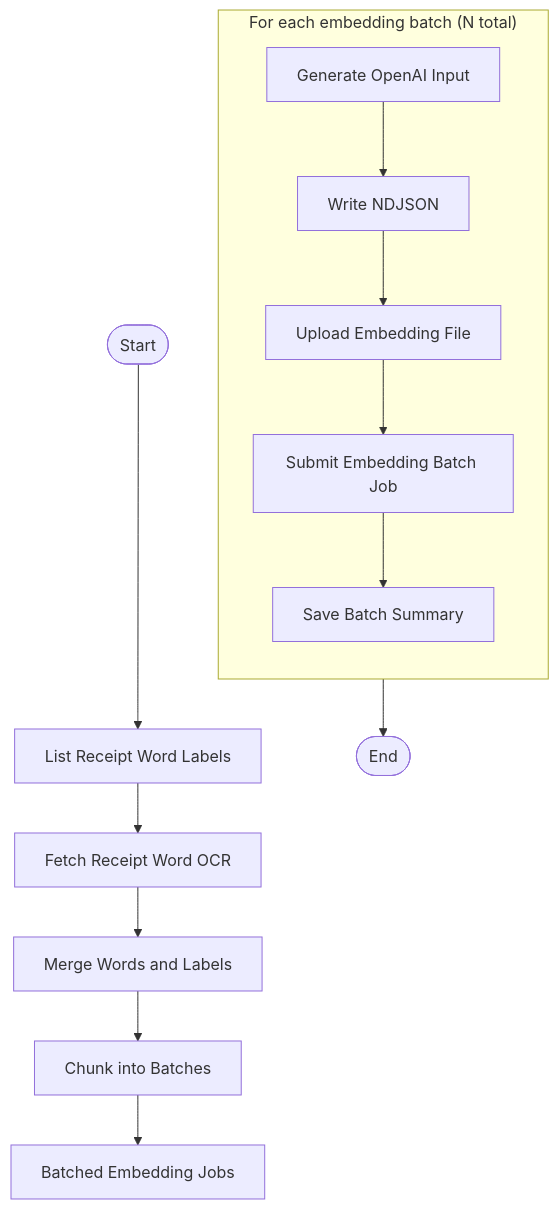
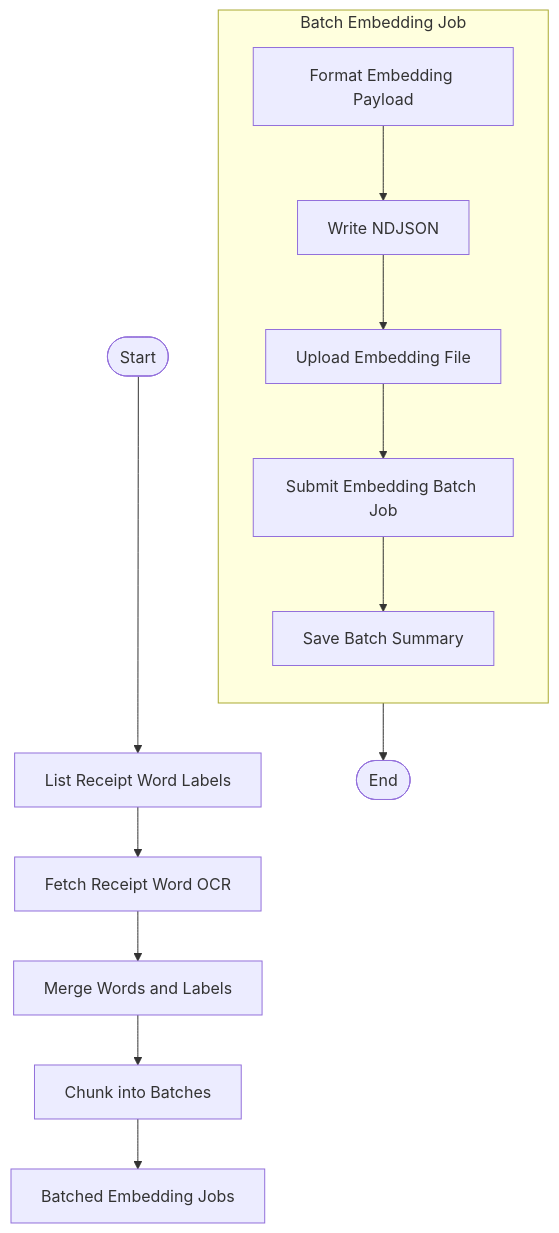
Before and after one commit to tnorlund/Portfolio: the diagram in receipt_label/submit_embedding_batch/README.md, drawn with Mermaid.

````diff
--- a/receipt_label/submit_embedding_batch/README.md
+++ b/receipt_label/submit_embedding_batch/README.md
@@ -47,19 +47,19 @@
 ```mermaid
 flowchart TD
     Start([Start]) --> ListReceiptWordLabels["List Receipt Word Labels"]
     ListReceiptWordLabels --> FetchReceiptWords["Fetch Receipt Word OCR"]
     FetchReceiptWords --> JoinWordsAndLabels["Merge Words and Labels"]
     JoinWordsAndLabels --> ChunkIntoEmbeddingBatches["Chunk into Batches"]
 
     ChunkIntoEmbeddingBatches --> EachEmbeddingBatch["Batched Embedding Jobs"]
 
-    subgraph "For each embedding batch (N total)"
+    subgraph "Batch Embedding Job"
         direction TB
-        GenerateOpenAIInput["Generate OpenAI Input"] --> WriteNDJSON["Write NDJSON"]
+        GenerateOpenAIInput["Format Embedding Payload"] --> WriteNDJSON["Write NDJSON"]
         WriteNDJSON --> UploadEmbeddingFile["Upload Embedding File"]
         UploadEmbeddingFile --> SubmitEmbeddingBatchJob["Submit Embedding Batch Job"]
         SubmitEmbeddingBatchJob --> SaveBatchSummary["Save Batch Summary"]
     end
 
     SaveBatchSummary --> End([End])
 ```
````
